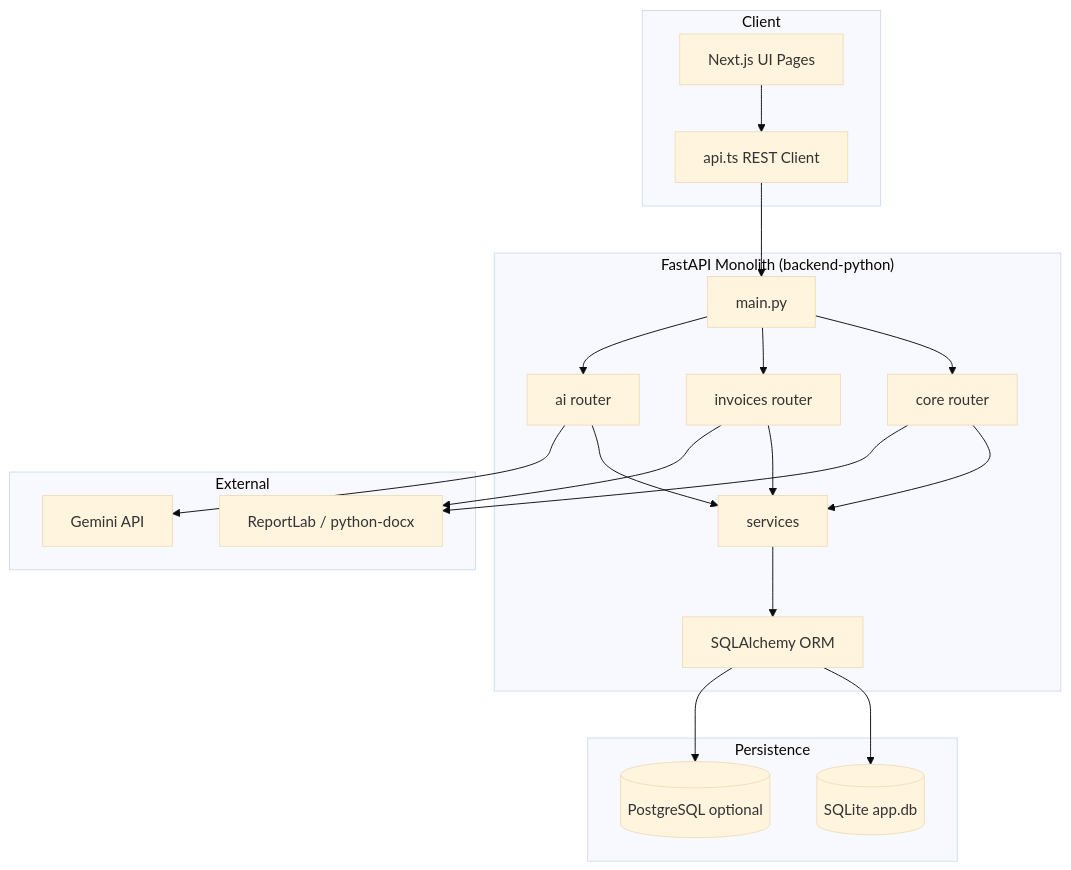
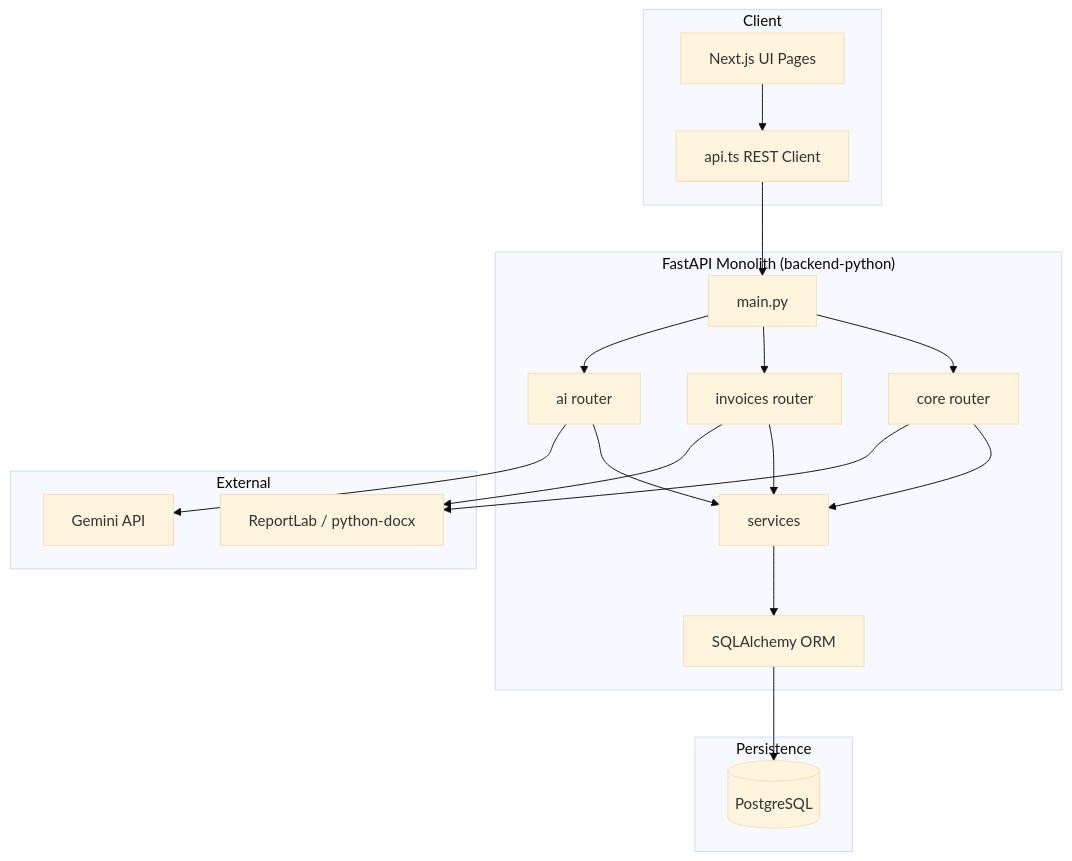
One commit to aliendevit/mini_erp_ai changed the second of 9 diagrams in docs/architecture-diagrams.md. Above: the diagram before and after it, drawn with Mermaid (base theme). The commit also changed other lines of this file and 51 other files, not shown here.

````diff
--- a/docs/architecture-diagrams.md
+++ b/docs/architecture-diagrams.md
@@ -27,41 +27,39 @@
 ```mermaid
 flowchart TB
     subgraph Client
         A[Next.js UI Pages]
         B[api.ts REST Client]
     end
 
     subgraph Server["FastAPI Monolith (backend-python)"]
         C[main.py]
         D[core router]
         E[invoices router]
         F[ai router]
         G[services]
         H[SQLAlchemy ORM]
     end
 
     subgraph Persistence
-        I[(SQLite app.db)]
-        J[(PostgreSQL optional)]
+        I[(PostgreSQL)]
     end
 
     subgraph External
         K[Gemini API]
         L[ReportLab / python-docx]
     end
 
     A --> B
     B --> C
     C --> D
     C --> E
     C --> F
     D --> G
     E --> G
     F --> G
     G --> H
     H --> I
-    H --> J
     F --> K
     E --> L
     D --> L
 ```
````
